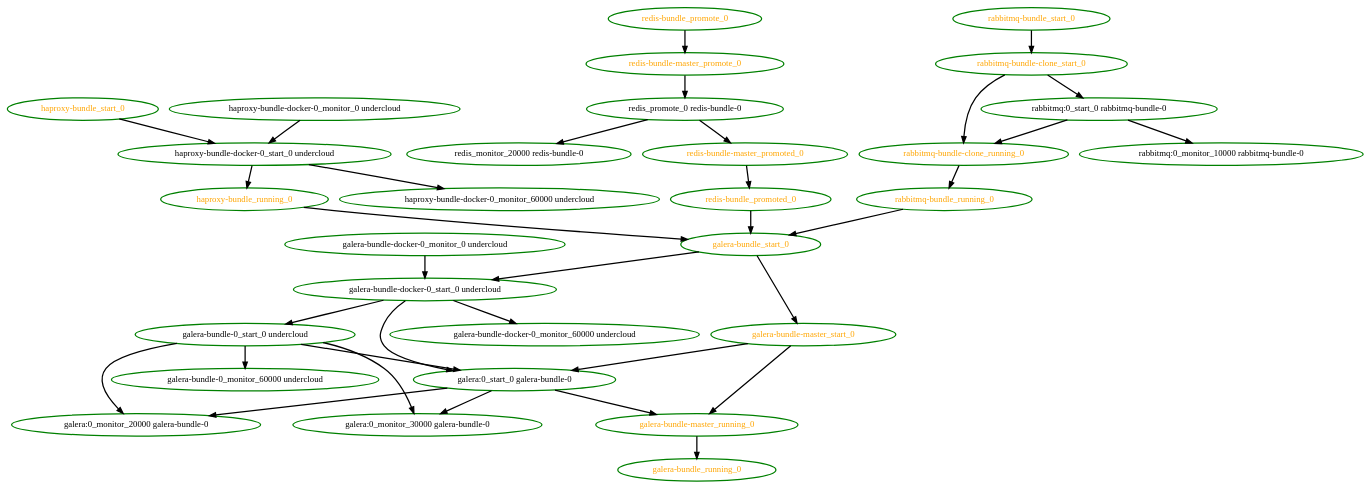
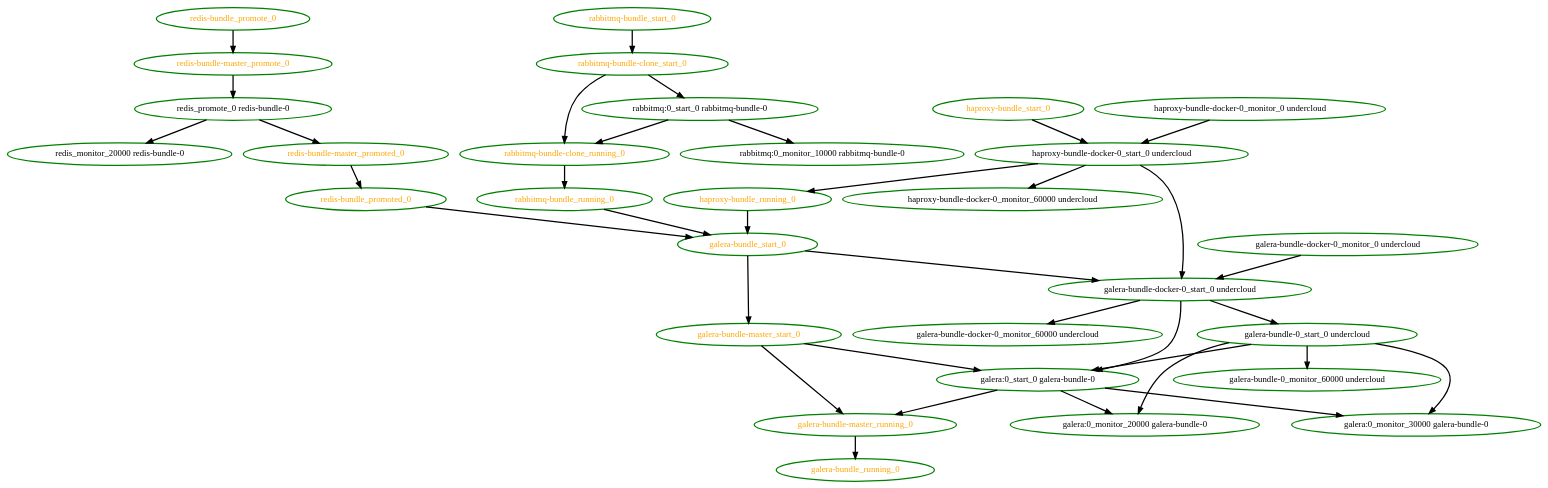
One commit to ClusterLabs/pacemaker changed the diagram in pengine/test10/bundle-order-partial-start.dot. Above: the diagram before and after it, drawn with Graphviz. The commit also changed 17 other files, not shown here.

```diff
--- a/pengine/test10/bundle-order-partial-start.dot
+++ b/pengine/test10/bundle-order-partial-start.dot
@@ -1,65 +1,66 @@
 digraph "g" {
 "galera-bundle-0_monitor_60000 undercloud" [ style=bold color="green" fontcolor="black"]
 "galera-bundle-0_start_0 undercloud" -> "galera-bundle-0_monitor_60000 undercloud" [ style = bold]
 "galera-bundle-0_start_0 undercloud" -> "galera:0_monitor_20000 galera-bundle-0" [ style = bold]
 "galera-bundle-0_start_0 undercloud" -> "galera:0_monitor_30000 galera-bundle-0" [ style = bold]
 "galera-bundle-0_start_0 undercloud" -> "galera:0_start_0 galera-bundle-0" [ style = bold]
 "galera-bundle-0_start_0 undercloud" [ style=bold color="green" fontcolor="black"]
 "galera-bundle-docker-0_monitor_0 undercloud" -> "galera-bundle-docker-0_start_0 undercloud" [ style = bold]
 "galera-bundle-docker-0_monitor_0 undercloud" [ style=bold color="green" fontcolor="black"]
 "galera-bundle-docker-0_monitor_60000 undercloud" [ style=bold color="green" fontcolor="black"]
 "galera-bundle-docker-0_start_0 undercloud" -> "galera-bundle-0_start_0 undercloud" [ style = bold]
 "galera-bundle-docker-0_start_0 undercloud" -> "galera-bundle-docker-0_monitor_60000 undercloud" [ style = bold]
 "galera-bundle-docker-0_start_0 undercloud" -> "galera:0_start_0 galera-bundle-0" [ style = bold]
 "galera-bundle-docker-0_start_0 undercloud" [ style=bold color="green" fontcolor="black"]
 "galera-bundle-master_running_0" -> "galera-bundle_running_0" [ style = bold]
 "galera-bundle-master_running_0" [ style=bold color="green" fontcolor="orange"]
 "galera-bundle-master_start_0" -> "galera-bundle-master_running_0" [ style = bold]
 "galera-bundle-master_start_0" -> "galera:0_start_0 galera-bundle-0" [ style = bold]
 "galera-bundle-master_start_0" [ style=bold color="green" fontcolor="orange"]
 "galera-bundle_running_0" [ style=bold color="green" fontcolor="orange"]
 "galera-bundle_start_0" -> "galera-bundle-docker-0_start_0 undercloud" [ style = bold]
 "galera-bundle_start_0" -> "galera-bundle-master_start_0" [ style = bold]
 "galera-bundle_start_0" [ style=bold color="green" fontcolor="orange"]
 "galera:0_monitor_20000 galera-bundle-0" [ style=bold color="green" fontcolor="black"]
 "galera:0_monitor_30000 galera-bundle-0" [ style=bold color="green" fontcolor="black"]
 "galera:0_start_0 galera-bundle-0" -> "galera-bundle-master_running_0" [ style = bold]
 "galera:0_start_0 galera-bundle-0" -> "galera:0_monitor_20000 galera-bundle-0" [ style = bold]
 "galera:0_start_0 galera-bundle-0" -> "galera:0_monitor_30000 galera-bundle-0" [ style = bold]
 "galera:0_start_0 galera-bundle-0" [ style=bold color="green" fontcolor="black"]
 "haproxy-bundle-docker-0_monitor_0 undercloud" -> "haproxy-bundle-docker-0_start_0 undercloud" [ style = bold]
 "haproxy-bundle-docker-0_monitor_0 undercloud" [ style=bold color="green" fontcolor="black"]
 "haproxy-bundle-docker-0_monitor_60000 undercloud" [ style=bold color="green" fontcolor="black"]
+"haproxy-bundle-docker-0_start_0 undercloud" -> "galera-bundle-docker-0_start_0 undercloud" [ style = bold]
 "haproxy-bundle-docker-0_start_0 undercloud" -> "haproxy-bundle-docker-0_monitor_60000 undercloud" [ style = bold]
 "haproxy-bundle-docker-0_start_0 undercloud" -> "haproxy-bundle_running_0" [ style = bold]
 "haproxy-bundle-docker-0_start_0 undercloud" [ style=bold color="green" fontcolor="black"]
 "haproxy-bundle_running_0" -> "galera-bundle_start_0" [ style = bold]
 "haproxy-bundle_running_0" [ style=bold color="green" fontcolor="orange"]
 "haproxy-bundle_start_0" -> "haproxy-bundle-docker-0_start_0 undercloud" [ style = bold]
 "haproxy-bundle_start_0" [ style=bold color="green" fontcolor="orange"]
 "rabbitmq-bundle-clone_running_0" -> "rabbitmq-bundle_running_0" [ style = bold]
 "rabbitmq-bundle-clone_running_0" [ style=bold color="green" fontcolor="orange"]
 "rabbitmq-bundle-clone_start_0" -> "rabbitmq-bundle-clone_running_0" [ style = bold]
 "rabbitmq-bundle-clone_start_0" -> "rabbitmq:0_start_0 rabbitmq-bundle-0" [ style = bold]
 "rabbitmq-bundle-clone_start_0" [ style=bold color="green" fontcolor="orange"]
 "rabbitmq-bundle_running_0" -> "galera-bundle_start_0" [ style = bold]
 "rabbitmq-bundle_running_0" [ style=bold color="green" fontcolor="orange"]
 "rabbitmq-bundle_start_0" -> "rabbitmq-bundle-clone_start_0" [ style = bold]
 "rabbitmq-bundle_start_0" [ style=bold color="green" fontcolor="orange"]
 "rabbitmq:0_monitor_10000 rabbitmq-bundle-0" [ style=bold color="green" fontcolor="black"]
 "rabbitmq:0_start_0 rabbitmq-bundle-0" -> "rabbitmq-bundle-clone_running_0" [ style = bold]
 "rabbitmq:0_start_0 rabbitmq-bundle-0" -> "rabbitmq:0_monitor_10000 rabbitmq-bundle-0" [ style = bold]
 "rabbitmq:0_start_0 rabbitmq-bundle-0" [ style=bold color="green" fontcolor="black"]
 "redis-bundle-master_promote_0" -> "redis_promote_0 redis-bundle-0" [ style = bold]
 "redis-bundle-master_promote_0" [ style=bold color="green" fontcolor="orange"]
 "redis-bundle-master_promoted_0" -> "redis-bundle_promoted_0" [ style = bold]
 "redis-bundle-master_promoted_0" [ style=bold color="green" fontcolor="orange"]
 "redis-bundle_promote_0" -> "redis-bundle-master_promote_0" [ style = bold]
 "redis-bundle_promote_0" [ style=bold color="green" fontcolor="orange"]
 "redis-bundle_promoted_0" -> "galera-bundle_start_0" [ style = bold]
 "redis-bundle_promoted_0" [ style=bold color="green" fontcolor="orange"]
 "redis_monitor_20000 redis-bundle-0" [ style=bold color="green" fontcolor="black"]
 "redis_promote_0 redis-bundle-0" -> "redis-bundle-master_promoted_0" [ style = bold]
 "redis_promote_0 redis-bundle-0" -> "redis_monitor_20000 redis-bundle-0" [ style = bold]
 "redis_promote_0 redis-bundle-0" [ style=bold color="green" fontcolor="black"]
 }
```
